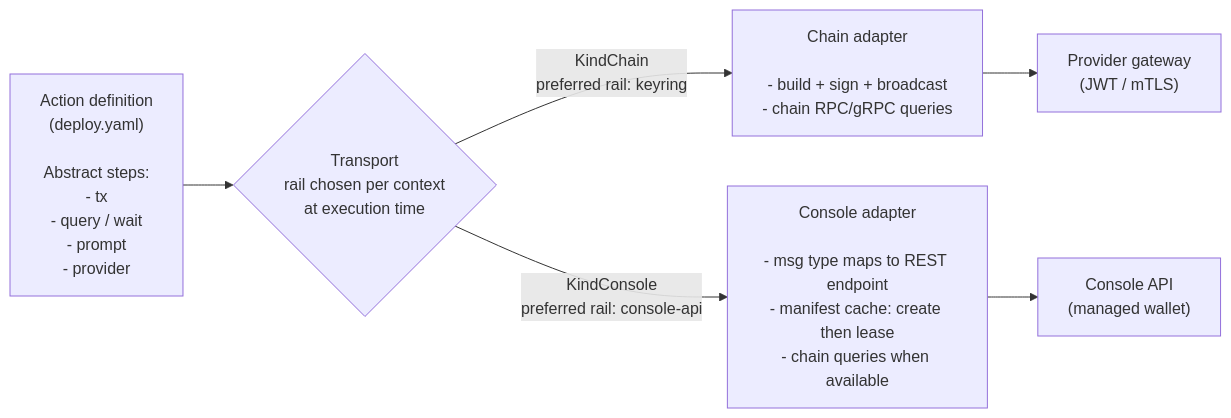
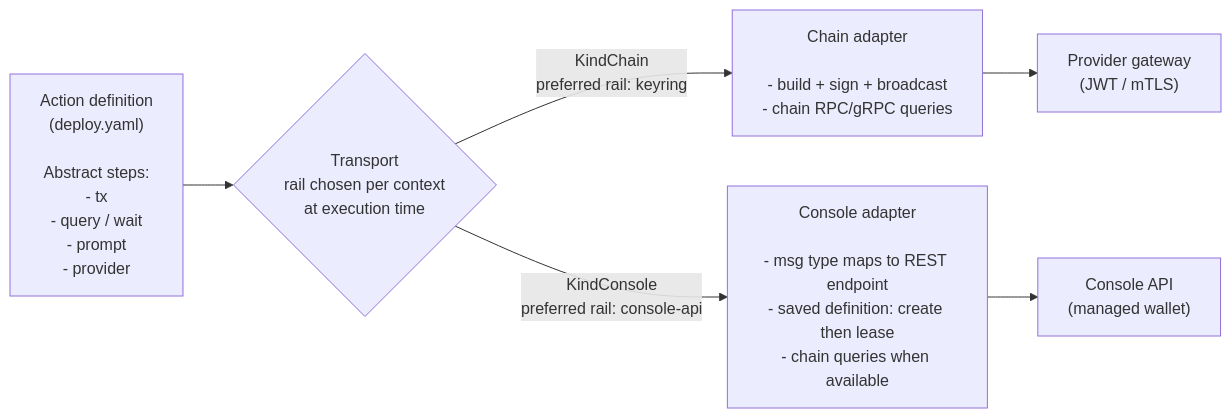
One commit to akash-network/akt changed the fifth of 6 diagrams in DESIGN.md. Above: the diagram before and after it, drawn with Mermaid. The commit also changed other lines of this file and 54 other files, not shown here.

````diff
--- a/DESIGN.md
+++ b/DESIGN.md
@@ -848,8 +895,8 @@
 ```mermaid
 graph LR
   WF["Action definition\n(deploy.yaml)\n\nAbstract steps:\n- tx\n- query / wait\n- prompt\n- provider"] --> T{"Transport\nrail chosen per context\nat execution time"}
   T -->|"KindChain\npreferred rail: keyring"| CH["Chain adapter\n\n- build + sign + broadcast\n- chain RPC/gRPC queries"]
-  T -->|"KindConsole\npreferred rail: console-api"| CO["Console adapter\n\n- msg type maps to REST endpoint\n- manifest cache: create then lease\n- chain queries when available"]
+  T -->|"KindConsole\npreferred rail: console-api"| CO["Console adapter\n\n- msg type maps to REST endpoint\n- saved definition: create then lease\n- chain queries when available"]
   CH --> PG["Provider gateway\n(JWT / mTLS)"]
   CO --> API["Console API\n(managed wallet)"]
 ```
````
